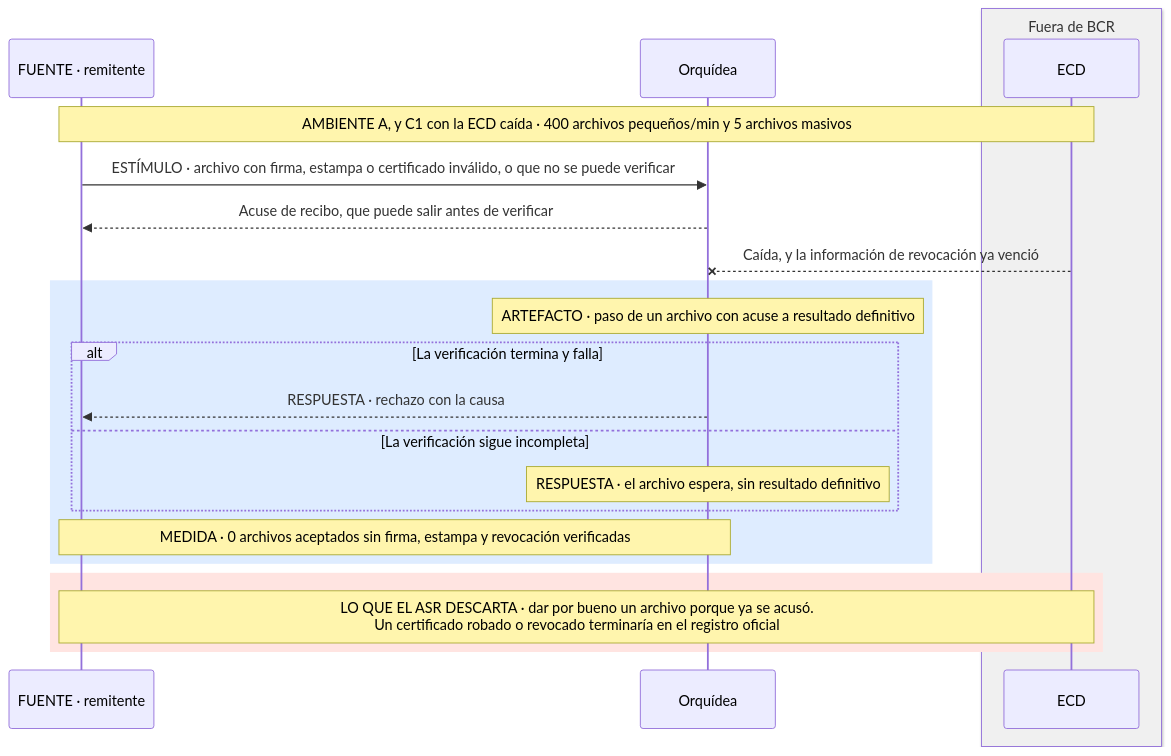
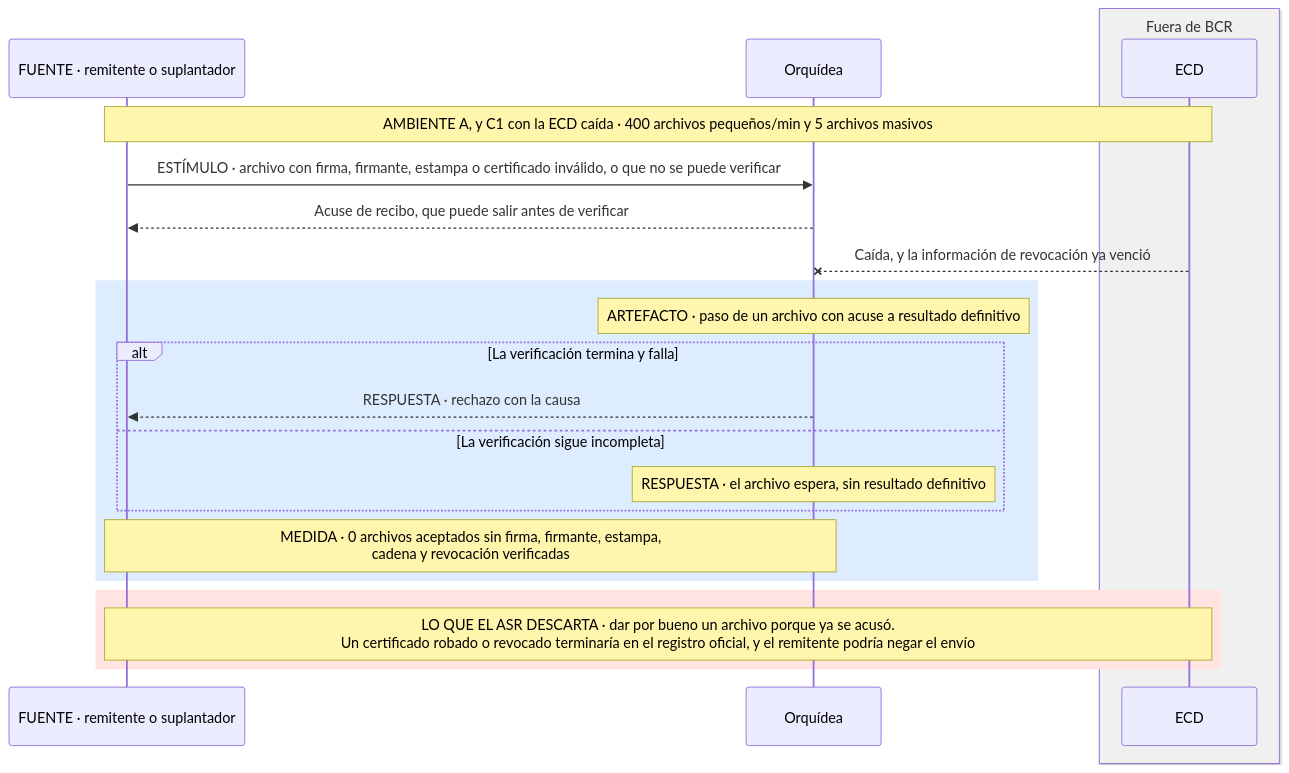
Before and after one commit to MATI-MBIT/arqsoft-reto-4: the third of 17 diagrams in docs/quality-attributes.md, drawn with Mermaid. The commit also changed other lines of this file and 16 other files, not shown here.

First line of the commit message:
Acota el diseño a tres ASR críticos (D01, L04, S06) tras la reunión con BCR del 6-nov

````diff
--- a/docs/quality-attributes.md
+++ b/docs/quality-attributes.md
@@ -248,24 +253,24 @@
 ```mermaid
 sequenceDiagram
-    participant R as FUENTE · remitente
+    participant R as FUENTE · remitente o suplantador
     participant O as Orquídea
     box rgb(240,240,240) Fuera de BCR
     participant E as ECD
     end
     Note over R,E: AMBIENTE A, y C1 con la ECD caída · 400 archivos pequeños/min y 5 archivos masivos
-    R->>O: ESTÍMULO · archivo con firma, estampa o certificado inválido, o que no se puede verificar
+    R->>O: ESTÍMULO · archivo con firma, firmante, estampa o certificado inválido, o que no se puede verificar
     O-->>R: Acuse de recibo, que puede salir antes de verificar
     E--xO: Caída, y la información de revocación ya venció
     rect rgb(222, 236, 255)
     Note over O: ARTEFACTO · paso de un archivo con acuse a resultado definitivo
     alt La verificación termina y falla
         O-->>R: RESPUESTA · rechazo con la causa
     else La verificación sigue incompleta
         Note over O: RESPUESTA · el archivo espera, sin resultado definitivo
     end
-    Note over R,O: MEDIDA · 0 archivos aceptados sin firma, estampa y revocación verificadas
+    Note over R,O: MEDIDA · 0 archivos aceptados sin firma, firmante, estampa,<br/>cadena y revocación verificadas
     end
     rect rgb(255, 228, 225)
-    Note over R,E: LO QUE EL ASR DESCARTA · dar por bueno un archivo porque ya se acusó.<br/>Un certificado robado o revocado terminaría en el registro oficial
+    Note over R,E: LO QUE EL ASR DESCARTA · dar por bueno un archivo porque ya se acusó.<br/>Un certificado robado o revocado terminaría en el registro oficial, y el remitente podría negar el envío
     end
 ```
````
